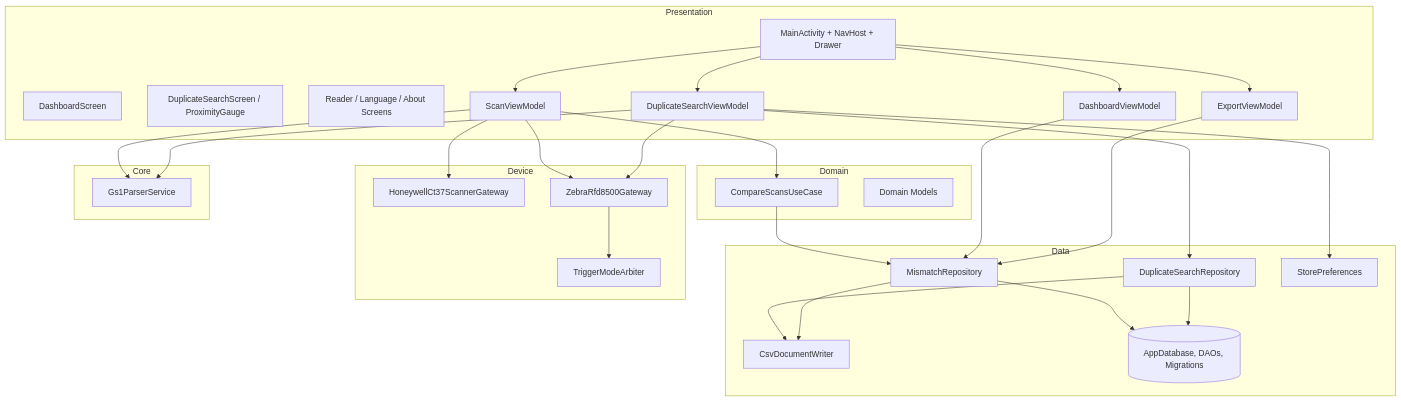
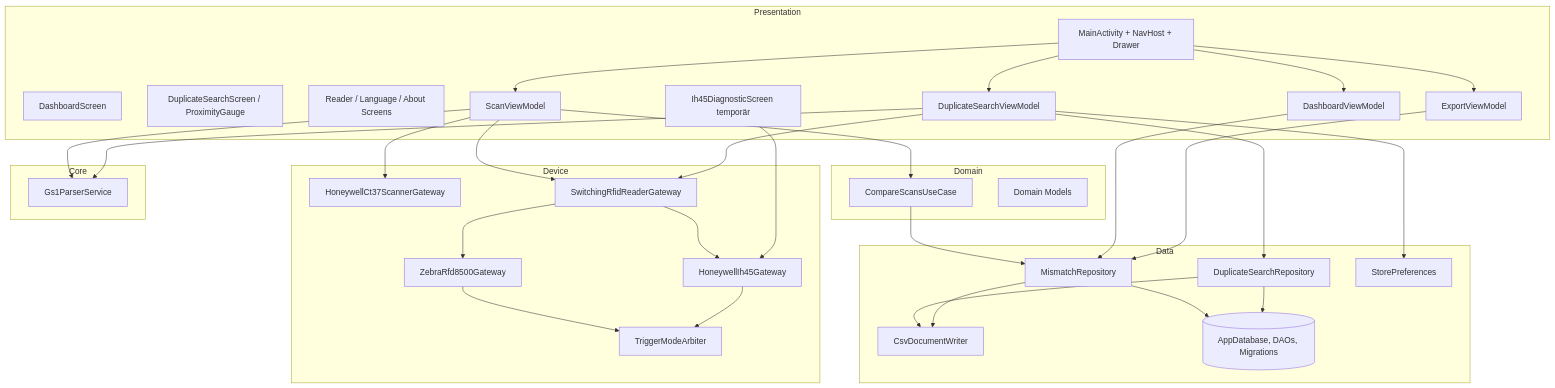
Before and after one commit to Kamilski86/QCC: the second of 5 diagrams in docs/confluence/05-architektur.md, drawn with Mermaid. The commit also changed other lines of this file and 38 other files, not shown here.

First line of the commit message:
feat(rfid): Honeywell IH45 as second RFID reader (USB), reader switching, trigger-confirmed finds

````diff
--- a/docs/confluence/05-architektur.md
+++ b/docs/confluence/05-architektur.md
@@ -37,46 +38,53 @@
 ```mermaid
 flowchart TB
     subgraph Presentation
       MA[MainActivity + NavHost + Drawer]
       DS[DashboardScreen]
       DUS[DuplicateSearchScreen / ProximityGauge]
       OTH[Reader / Language / About Screens]
+      DIAG[Ih45DiagnosticScreen temporär]
       SVM[ScanViewModel]
       DVM[DashboardViewModel]
       EVM[ExportViewModel]
       DUVM[DuplicateSearchViewModel]
     end
     subgraph Domain
       UC[CompareScansUseCase]
       MOD[Domain Models]
     end
     subgraph Data
       MR[MismatchRepository]
       DR[DuplicateSearchRepository]
       CW[CsvDocumentWriter]
       ROOM[(AppDatabase, DAOs, Migrations)]
       SP[StorePreferences]
     end
     subgraph Device
       HG[HoneywellCt37ScannerGateway]
+      SW[SwitchingRfidReaderGateway]
       ZG[ZebraRfd8500Gateway]
+      IG[HoneywellIh45Gateway]
       ARB[TriggerModeArbiter]
     end
     subgraph Core
       GS1[Gs1ParserService]
     end
     MA --> SVM & DVM & EVM & DUVM
     SVM --> UC --> MR --> ROOM
     SVM --> GS1
     SVM --> HG
-    SVM --> ZG
+    SVM --> SW
     DVM --> MR
     EVM --> MR
     DUVM --> GS1
-    DUVM --> ZG
+    DUVM --> SW
     DUVM --> DR --> ROOM
     DR --> CW
     MR --> CW
     DUVM --> SP
+    SW --> ZG
+    SW --> IG
     ZG --> ARB
+    IG --> ARB
+    DIAG --> IG
 ```
````
